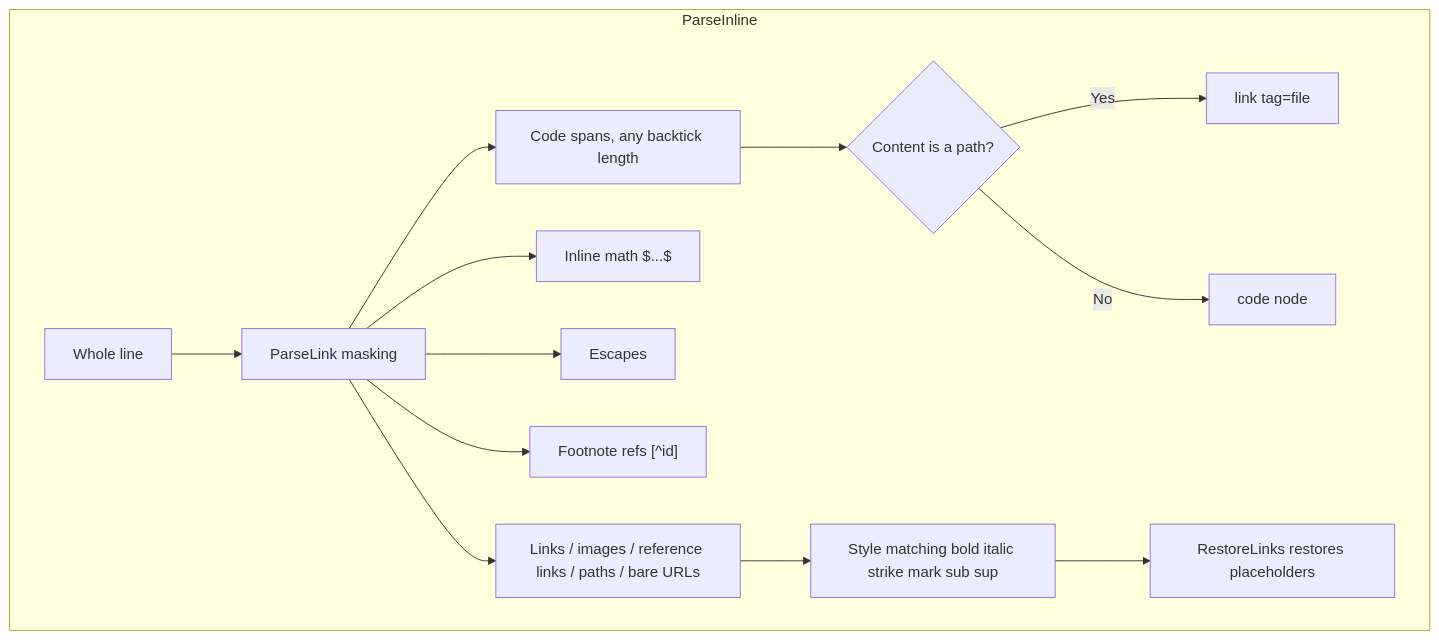
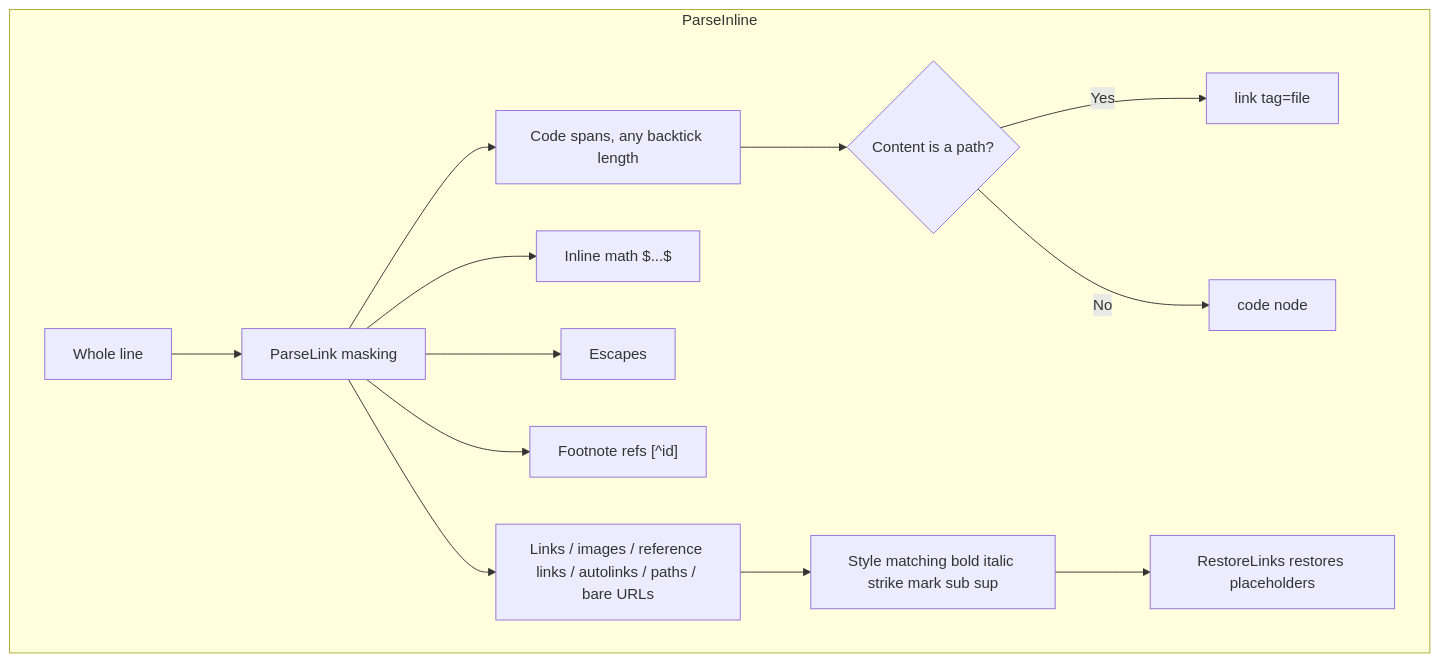
The third of 7 diagrams in doc/architecture.md (pardnchiu/NanoMD), drawn with Mermaid before and after one commit. The commit also changed other lines of this file and 8 other files, not shown here.

````diff
--- a/doc/architecture.md
+++ b/doc/architecture.md
@@ -55,16 +55,16 @@
 ```mermaid
 graph TB
     subgraph ParseInline
         Seg[Whole line] --> Mask[ParseLink masking]
         Mask --> M0[Code spans, any backtick length]
         M0 --> Path{Content is a path?}
         Path -->|Yes| File[link tag=file]
         Path -->|No| CodeNode[code node]
         Mask --> M1[Inline math $...$]
         Mask --> M2[Escapes]
         Mask --> M3["Footnote refs [^id]"]
-        Mask --> M4[Links / images / reference links / paths / bare URLs]
+        Mask --> M4[Links / images / reference links / autolinks / paths / bare URLs]
         M4 --> Marks[Style matching bold italic strike mark sub sup]
         Marks --> Restore[RestoreLinks restores placeholders]
     end
 ```
````
